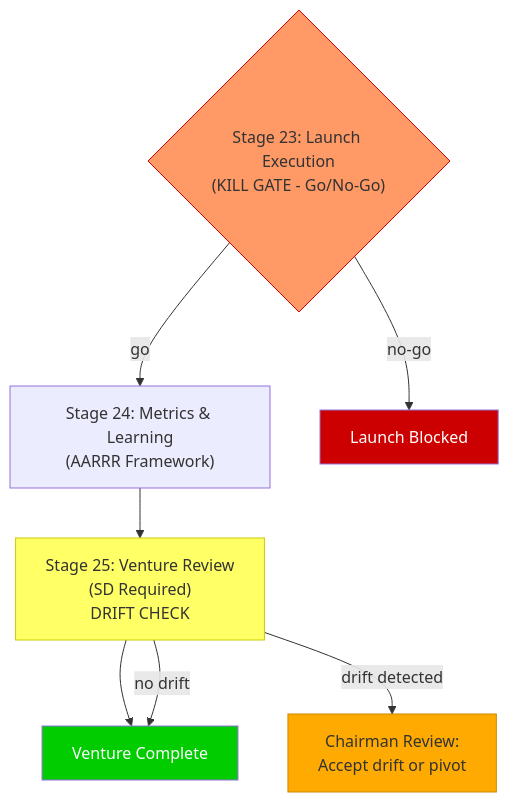
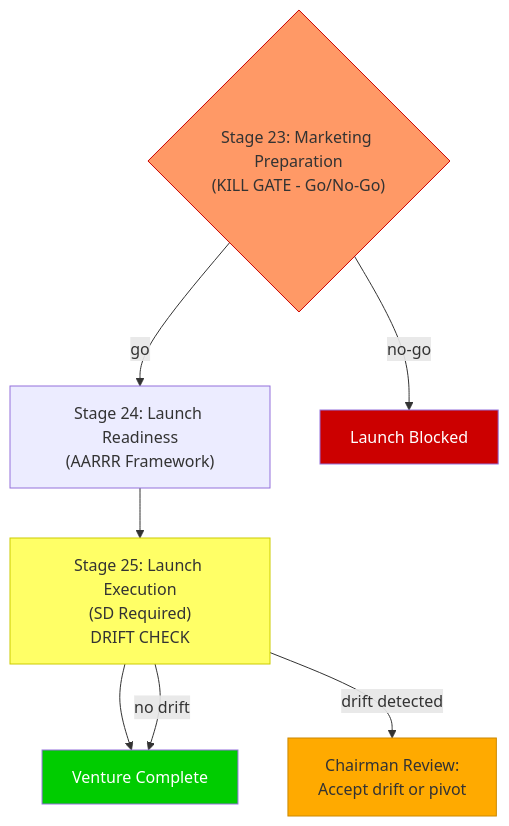
The diagram in docs/guides/workflow/cli-venture-lifecycle/stages/phase-06-launch-and-learn.md (rickfelix/EHG_Engineer), drawn with Mermaid before and after one commit. The commit also changed other lines of this file and 5 other files, not shown here.

First line of the commit message:
feat: reconcile 25-stage venture workflow naming across all sources

````diff
--- a/docs/guides/workflow/cli-venture-lifecycle/stages/phase-06-launch-and-learn.md
+++ b/docs/guides/workflow/cli-venture-lifecycle/stages/phase-06-launch-and-learn.md
@@ -104,19 +104,19 @@
 ```mermaid
 flowchart TD
-    S23{"Stage 23: Launch Execution\n(KILL GATE - Go/No-Go)"}
-    S24["Stage 24: Metrics & Learning\n(AARRR Framework)"]
-    S25["Stage 25: Venture Review\n(SD Required)\nDRIFT CHECK"]
+    S23{"Stage 23: Marketing Preparation\n(KILL GATE - Go/No-Go)"}
+    S24["Stage 24: Launch Readiness\n(AARRR Framework)"]
+    S25["Stage 25: Launch Execution\n(SD Required)\nDRIFT CHECK"]
 
     S23 -->|go| S24
     S23 -->|no-go| HOLD["Launch Blocked"]
     S24 --> S25
     S25 --> COMPLETE["Venture Complete"]
     S25 -->|drift detected| REVIEW["Chairman Review:\nAccept drift or pivot"]
     S25 -->|no drift| COMPLETE
 
     style S23 fill:#f96,stroke:#c00
     style S25 fill:#ff6,stroke:#cc0
     style HOLD fill:#c00,color:#fff
     style COMPLETE fill:#0c0,color:#fff
     style REVIEW fill:#fa0,stroke:#c80
 ```
````
